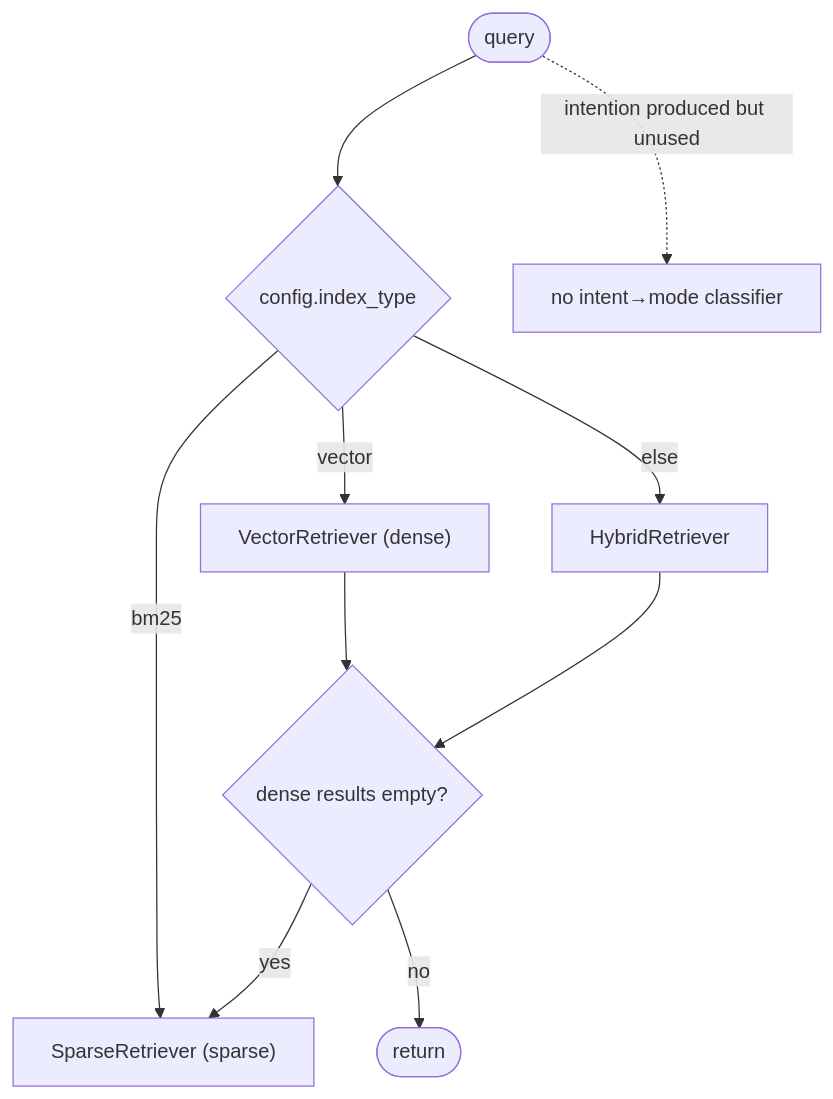
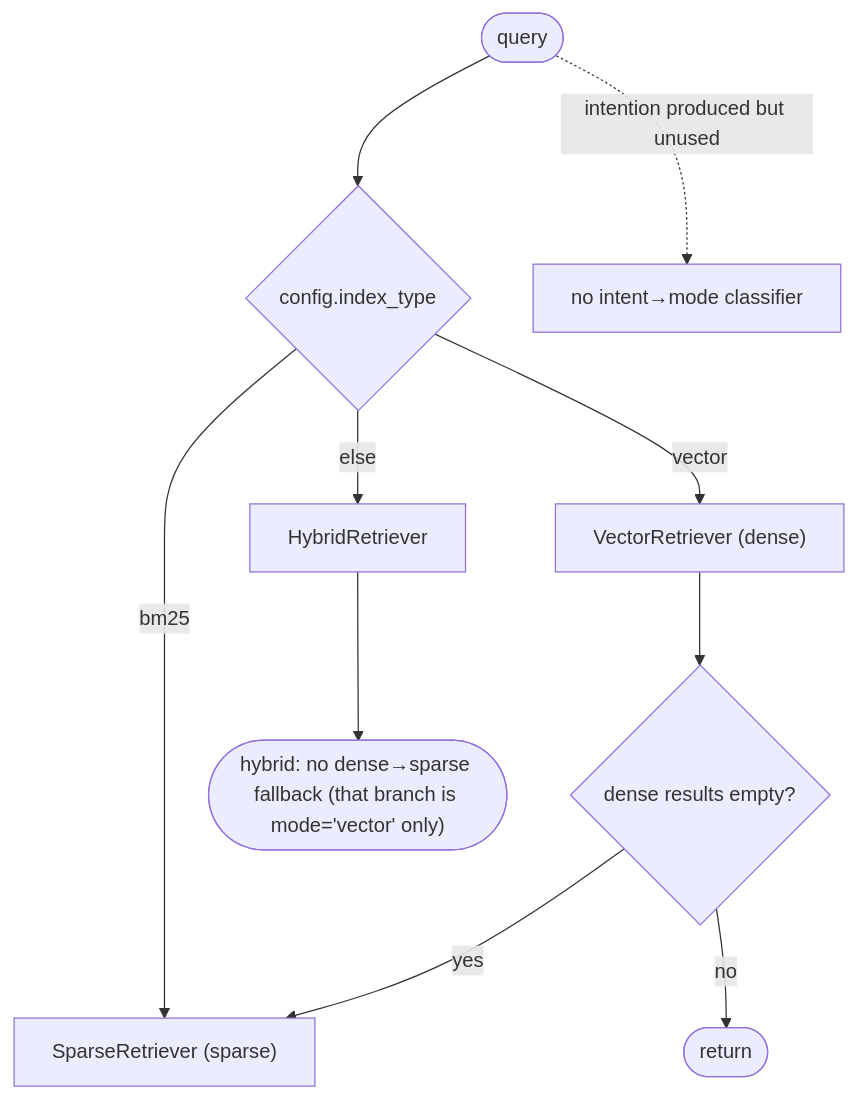
Before and after one commit to michaelatamuk/openjiuwen-jiuwenswarm: diagram 37 of 41 in docs-michael/interview_questions/04-rag-and-retrieval.md, drawn with Mermaid. The commit also changed other lines of this file and 6 other files, not shown here.

````diff
--- a/docs-michael/interview_questions/04-rag-and-retrieval.md
+++ b/docs-michael/interview_questions/04-rag-and-retrieval.md
@@ -812,12 +812,12 @@
 ```mermaid
 flowchart TD
     Q(["query"]) --> C{"config.index_type"}
     C -->|vector| V["VectorRetriever (dense)"]
     C -->|bm25| S["SparseRetriever (sparse)"]
     C -->|"else"| H["HybridRetriever"]
     V --> D{"dense results empty?"}
     D -->|yes| S
     D -->|no| R(["return"])
-    H --> D
+    H --> HR(["hybrid: no dense→sparse fallback (that branch is mode='vector' only)"])
     Q -.->|"intention produced but unused"| X["no intent→mode classifier"]
 ```
````
